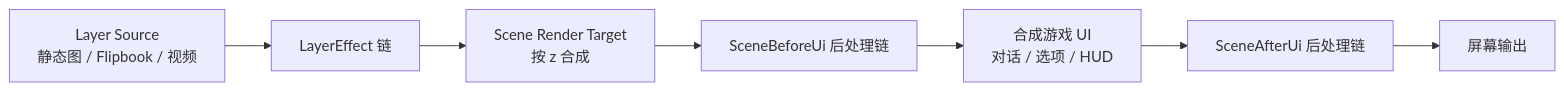
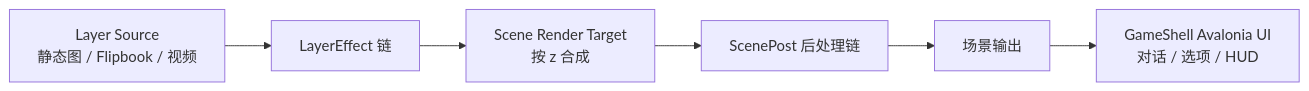
The diagram in docs/design/render-effects-pipeline-plan.md (StarryXYJ/Gal.Net), drawn with Mermaid before and after one commit. The commit also changed other lines of this file and 16 other files, not shown here.

````diff
--- a/docs/design/render-effects-pipeline-plan.md
+++ b/docs/design/render-effects-pipeline-plan.md
@@ -16,9 +15,8 @@
 ```mermaid
 flowchart LR
   Source[Layer Source\n静态图 / Flipbook / 视频] --> LE[LayerEffect 链]
   LE --> Scene[Scene Render Target\n按 z 合成]
-  Scene --> Before[SceneBeforeUi 后处理链]
-  Before --> UI[合成游戏 UI\n对话 / 选项 / HUD]
-  UI --> After[SceneAfterUi 后处理链]
-  After --> Output[屏幕输出]
+  Scene --> Post[ScenePost 后处理链]
+  Post --> Output[场景输出]
+  Output --> UI[GameShell Avalonia UI\n对话 / 选项 / HUD]
 ```
````
